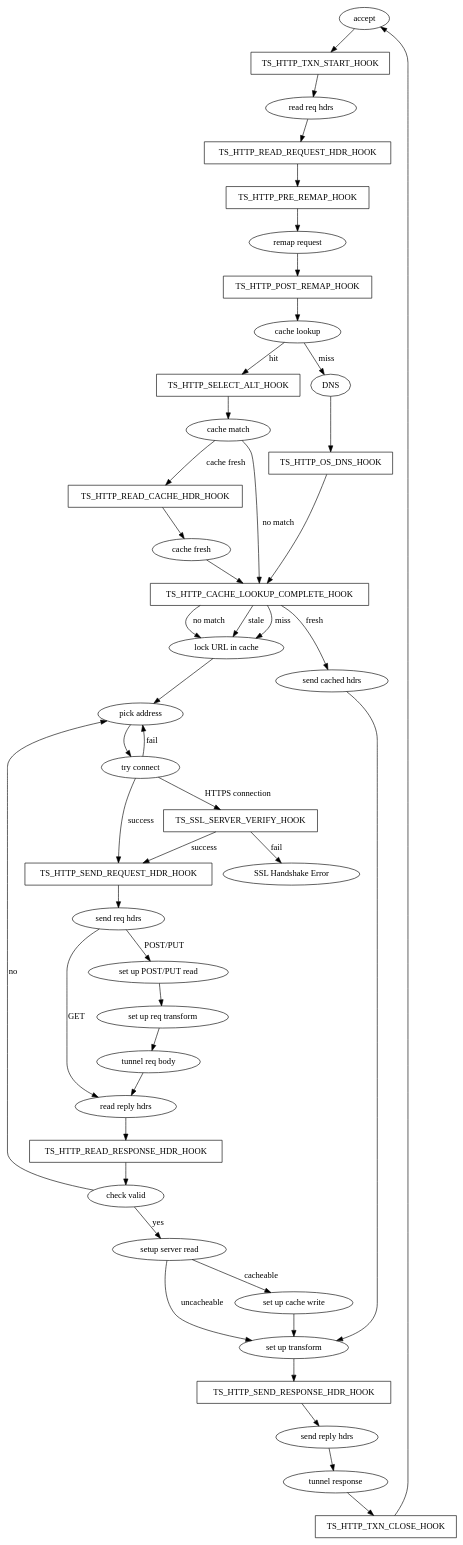
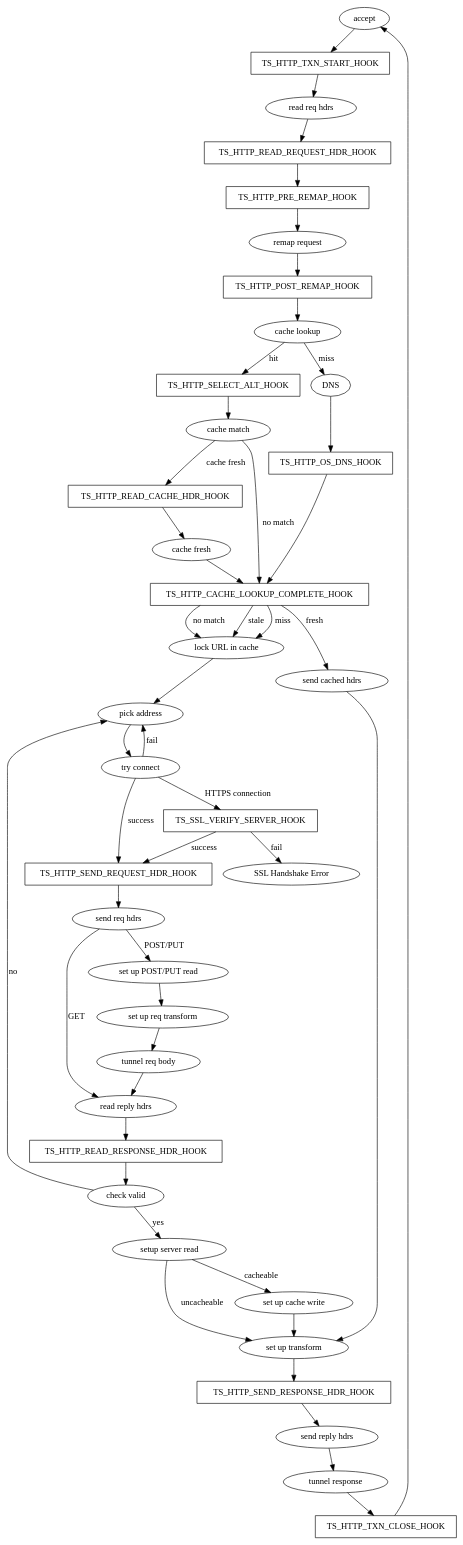
The diagram in doc/developer-guide/plugins/hooks-and-transactions/index.en.rst (apache/trafficserver), drawn with Graphviz before and after one commit. The commit also changed 7 other files, not shown here.

```diff
--- a/doc/developer-guide/plugins/hooks-and-transactions/index.en.rst
+++ b/doc/developer-guide/plugins/hooks-and-transactions/index.en.rst
@@ -89,68 +89,68 @@
 .. graphviz::
    :alt: HTTP Transaction State Diagram
 
    digraph http_txn_state_diagram{
      accept -> TS_HTTP_TXN_START_HOOK;
      TS_HTTP_TXN_START_HOOK -> "read req hdrs";
      "read req hdrs" -> TS_HTTP_READ_REQUEST_HDR_HOOK;
      TS_HTTP_READ_REQUEST_HDR_HOOK -> TS_HTTP_PRE_REMAP_HOOK;
      TS_HTTP_PRE_REMAP_HOOK -> "remap request";
      "remap request" -> TS_HTTP_POST_REMAP_HOOK;
      TS_HTTP_POST_REMAP_HOOK -> "cache lookup";
      "cache lookup" -> DNS [label = "miss"];
      DNS -> TS_HTTP_OS_DNS_HOOK;
      TS_HTTP_OS_DNS_HOOK -> TS_HTTP_CACHE_LOOKUP_COMPLETE_HOOK;
      "cache lookup" -> TS_HTTP_SELECT_ALT_HOOK [label = "hit"];
      TS_HTTP_SELECT_ALT_HOOK -> "cache match";
      "cache match" -> TS_HTTP_CACHE_LOOKUP_COMPLETE_HOOK [label="no match"];
      "cache match" -> TS_HTTP_READ_CACHE_HDR_HOOK [label = "cache fresh"];
      TS_HTTP_READ_CACHE_HDR_HOOK -> "cache fresh";
      "cache fresh" -> TS_HTTP_CACHE_LOOKUP_COMPLETE_HOOK;
      TS_HTTP_CACHE_LOOKUP_COMPLETE_HOOK -> "lock URL in cache" [label = "miss"];
      TS_HTTP_CACHE_LOOKUP_COMPLETE_HOOK -> "lock URL in cache" [label = "no match  "];
      TS_HTTP_CACHE_LOOKUP_COMPLETE_HOOK -> "lock URL in cache" [label = "stale"];
      TS_HTTP_CACHE_LOOKUP_COMPLETE_HOOK -> "send cached hdrs" [label = "fresh"];
      "send cached hdrs" -> "set up transform";
      "lock URL in cache" -> "pick address";
      "pick address" -> "try connect" [label = "       "];
      "try connect" -> "pick address" [label = "fail"];
-     "try connect" -> TS_SSL_SERVER_VERIFY_HOOK [label = "HTTPS connection"];
-     TS_SSL_SERVER_VERIFY_HOOK -> TS_HTTP_SEND_REQUEST_HDR_HOOK [label = "success"];
-     TS_SSL_SERVER_VERIFY_HOOK -> "SSL Handshake Error" [label = "fail"];
+     "try connect" -> TS_SSL_VERIFY_SERVER_HOOK [label = "HTTPS connection"];
+     TS_SSL_VERIFY_SERVER_HOOK -> TS_HTTP_SEND_REQUEST_HDR_HOOK [label = "success"];
+     TS_SSL_VERIFY_SERVER_HOOK -> "SSL Handshake Error" [label = "fail"];
      "try connect" -> TS_HTTP_SEND_REQUEST_HDR_HOOK [label = "success"];
      TS_HTTP_SEND_REQUEST_HDR_HOOK -> "send req hdrs";
      "send req hdrs" -> "set up POST/PUT read" [label = "POST/PUT"];
      "send req hdrs" -> "read reply hdrs" [label = "GET"];
      "set up POST/PUT read" -> "set up req transform";
      "set up req transform" -> "tunnel req body";
      "tunnel req body" -> "read reply hdrs";
      "read reply hdrs" -> TS_HTTP_READ_RESPONSE_HDR_HOOK;
      TS_HTTP_READ_RESPONSE_HDR_HOOK -> "check valid";
      "check valid" -> "setup server read" [label = "yes"];
      "check valid" -> "pick address" [label = "no"];
      "setup server read" -> "set up cache write" [label = "cacheable"];
      "setup server read" -> "set up transform" [label = "uncacheable"];
      "set up cache write" -> "set up transform";
      "set up transform" -> TS_HTTP_SEND_RESPONSE_HDR_HOOK;
      TS_HTTP_SEND_RESPONSE_HDR_HOOK -> "send reply hdrs";
      "send reply hdrs" -> "tunnel response";
      "tunnel response" -> TS_HTTP_TXN_CLOSE_HOOK;
      TS_HTTP_TXN_CLOSE_HOOK -> accept;
 
      TS_HTTP_TXN_START_HOOK [shape=box];
      TS_HTTP_READ_REQUEST_HDR_HOOK [shape = box];
      TS_HTTP_PRE_REMAP_HOOK [shape = box];
      TS_HTTP_POST_REMAP_HOOK [shape = box];
      TS_HTTP_OS_DNS_HOOK [shape = box];
      TS_HTTP_CACHE_LOOKUP_COMPLETE_HOOK[shape = box];
      TS_HTTP_SELECT_ALT_HOOK [shape = box];
      TS_HTTP_READ_CACHE_HDR_HOOK [shape = box];
-     TS_SSL_SERVER_VERIFY_HOOK [shape = box];
-     TS_SSL_SERVER_VERIFY_HOOK [tooltip = "verify server certificate"];
+     TS_SSL_VERIFY_SERVER_HOOK [shape = box];
+     TS_SSL_VERIFY_SERVER_HOOK [tooltip = "verify server certificate"];
      TS_HTTP_SEND_REQUEST_HDR_HOOK [shape = box];
      "set up req transform" [tooltip = "req transform takes place here"];
      TS_HTTP_READ_RESPONSE_HDR_HOOK [shape = box];
      "set up transform" [tooltip = "response transform takes place here"];
      TS_HTTP_SEND_RESPONSE_HDR_HOOK [shape = box];
      TS_HTTP_TXN_CLOSE_HOOK [shape = box];
    }
```
